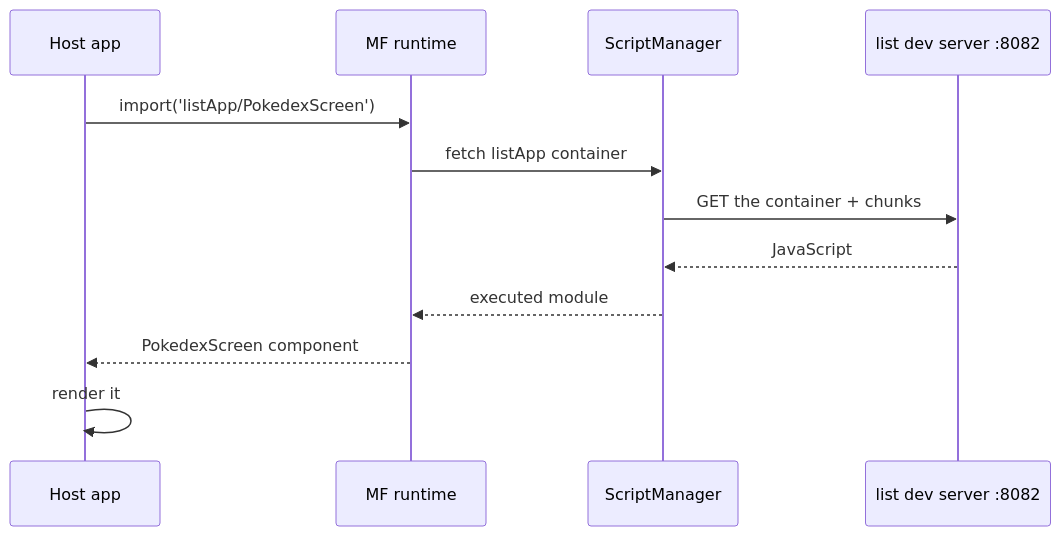
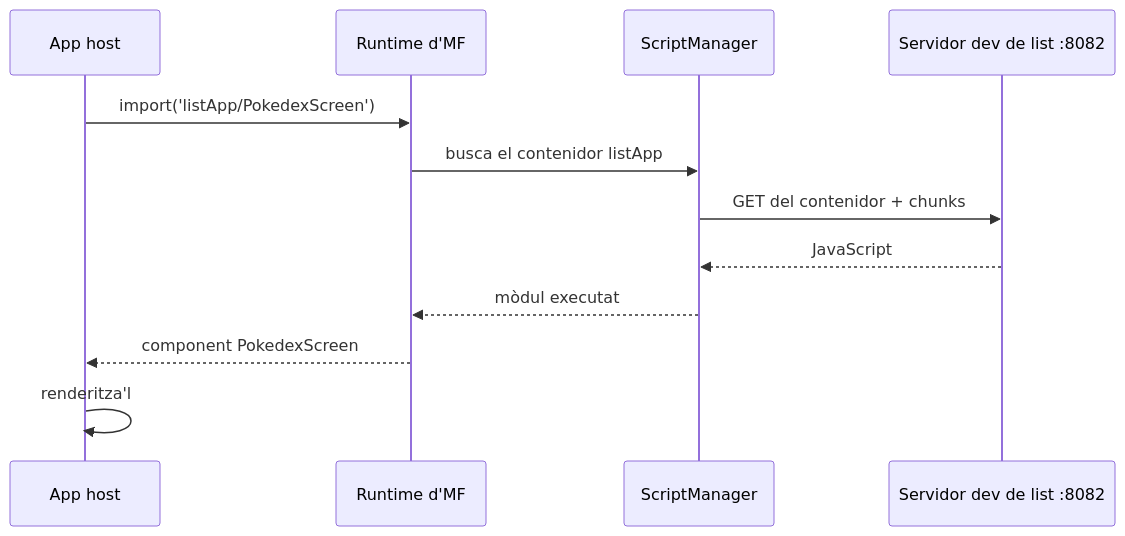
The diagram in src/content/blog/ca/your-first-federated-remote-react-native.md (warrendeleon/warrendeleon.com), drawn with Mermaid before and after one commit. The commit also changed 11 other files, not shown here.

First line of the commit message:
🌐 i18n(blog): translate mermaid diagram labels (es/ca/tl)

````diff
--- a/src/content/blog/ca/your-first-federated-remote-react-native.md
+++ b/src/content/blog/ca/your-first-federated-remote-react-native.md
@@ -315,14 +315,14 @@
 ```mermaid
 sequenceDiagram
-    participant Host as Host app
-    participant MF as MF runtime
+    participant Host as App host
+    participant MF as Runtime d'MF
     participant SM as ScriptManager
-    participant Dev as list dev server :8082
+    participant Dev as Servidor dev de list :8082
     Host->>MF: import('listApp/PokedexScreen')
-    MF->>SM: fetch listApp container
-    SM->>Dev: GET the container + chunks
+    MF->>SM: busca el contenidor listApp
+    SM->>Dev: GET del contenidor + chunks
     Dev-->>SM: JavaScript
-    SM-->>MF: executed module
-    MF-->>Host: PokedexScreen component
-    Host->>Host: render it
+    SM-->>MF: mòdul executat
+    MF-->>Host: component PokedexScreen
+    Host->>Host: renderitza'l
 ```
````
